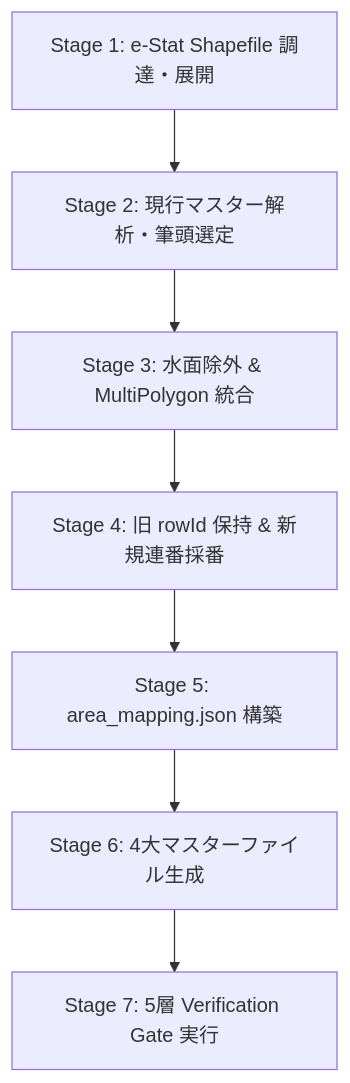
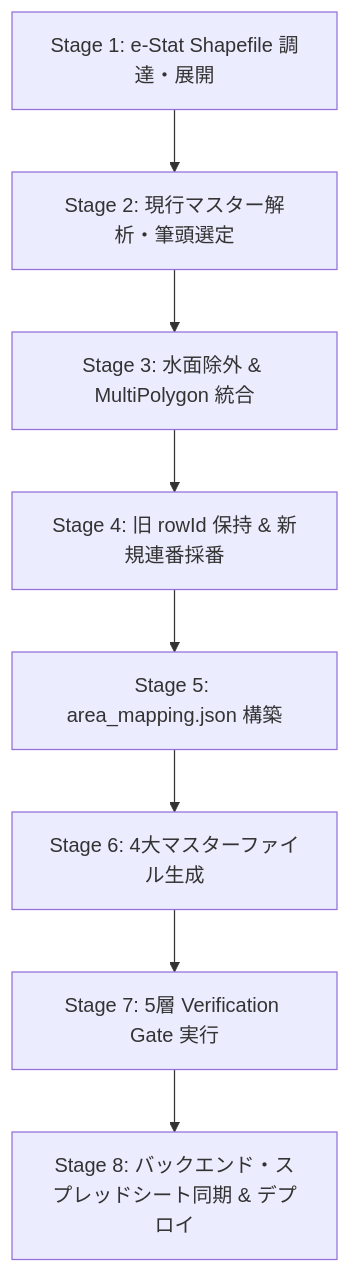
One commit to K-IWASA-MK/posting-map-okayama-02 changed the diagram in .agents/skills/census-small-area-master/SKILL.md. Above: the diagram before and after it, drawn with Mermaid. The commit also changed other lines of this file and 2 other files, not shown here.

````diff
--- a/.agents/skills/census-small-area-master/SKILL.md
+++ b/.agents/skills/census-small-area-master/SKILL.md
@@ -58,9 +58,10 @@
 ```mermaid
 graph TD
     S1[Stage 1: e-Stat Shapefile 調達・展開] --> S2[Stage 2: 現行マスター解析・筆頭選定]
     S2 --> S3[Stage 3: 水面除外 & MultiPolygon 統合]
     S3 --> S4[Stage 4: 旧 rowId 保持 & 新規連番採番]
     S4 --> S5[Stage 5: area_mapping.json 構築]
     S5 --> S6[Stage 6: 4大マスターファイル生成]
     S6 --> S7[Stage 7: 5層 Verification Gate 実行]
+    S7 --> S8[Stage 8: バックエンド・スプレッドシート同期 & デプロイ]
 ```
````
